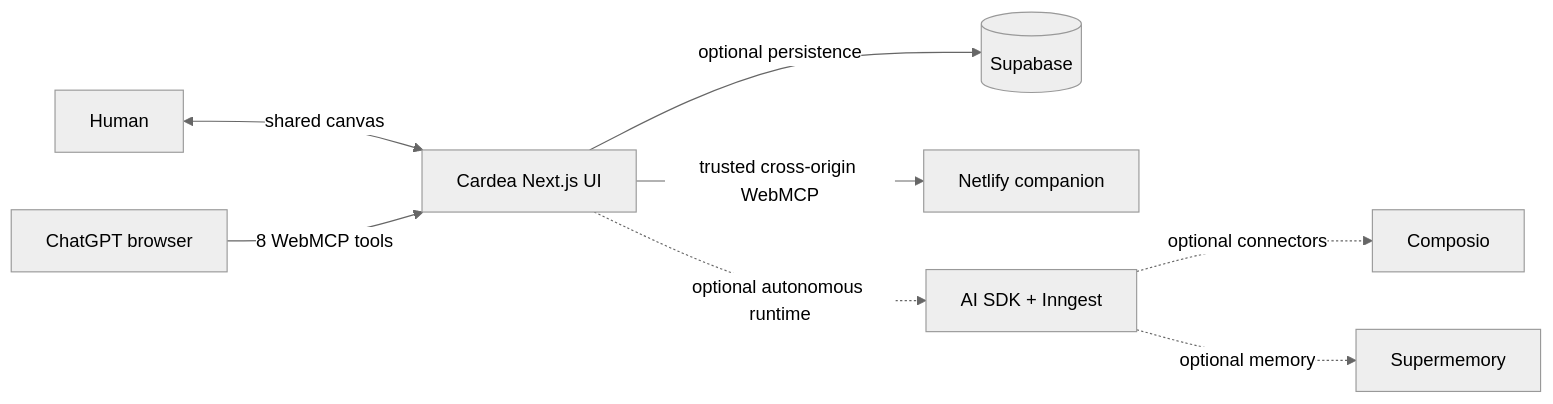
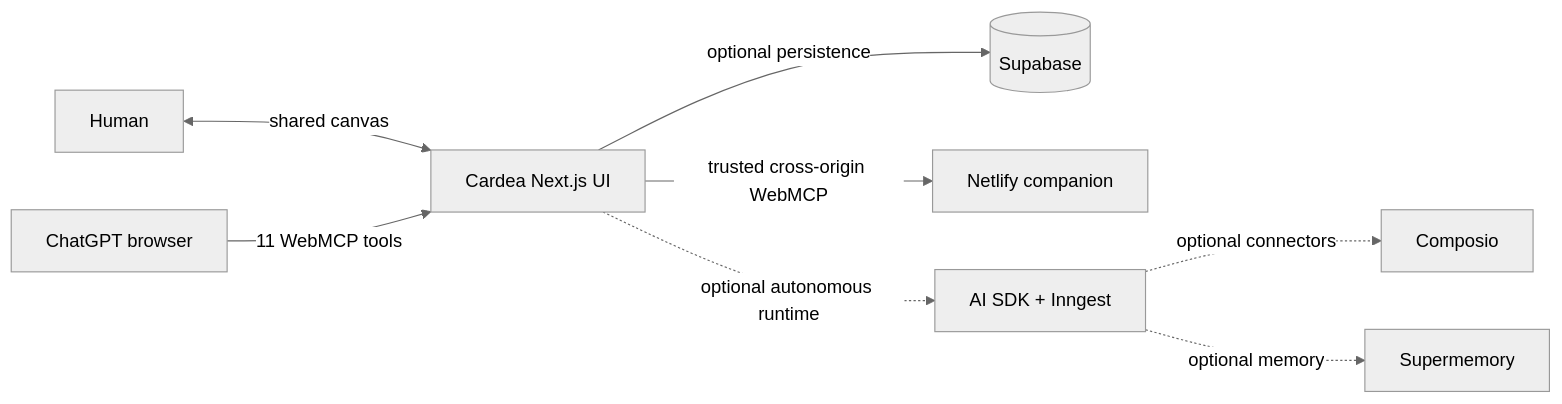
One commit to SankrityaT/openai-mcp-hackathon changed the diagram in README.md. Above: the diagram before and after it, drawn with Mermaid (neutral theme). The commit also changed other lines of this file and 1 other file, not shown here.

First line of the commit message:
docs: sync README tool table and decision log for the eleven WebMCP tools

````diff
--- a/README.md
+++ b/README.md
@@ -131,10 +134,10 @@
 ```mermaid
 flowchart LR
   Human[Human] <-->|shared canvas| Cardea[Cardea Next.js UI]
-  ChatGPT[ChatGPT browser] -->|8 WebMCP tools| Cardea
+  ChatGPT[ChatGPT browser] -->|11 WebMCP tools| Cardea
   Cardea -->|optional persistence| Supabase[(Supabase)]
   Cardea -->|trusted cross-origin WebMCP| Companion[Netlify companion]
   Cardea -. optional autonomous runtime .-> Harness[AI SDK + Inngest]
   Harness -. optional connectors .-> Composio[Composio]
   Harness -. optional memory .-> Supermemory[Supermemory]
 ```
````
